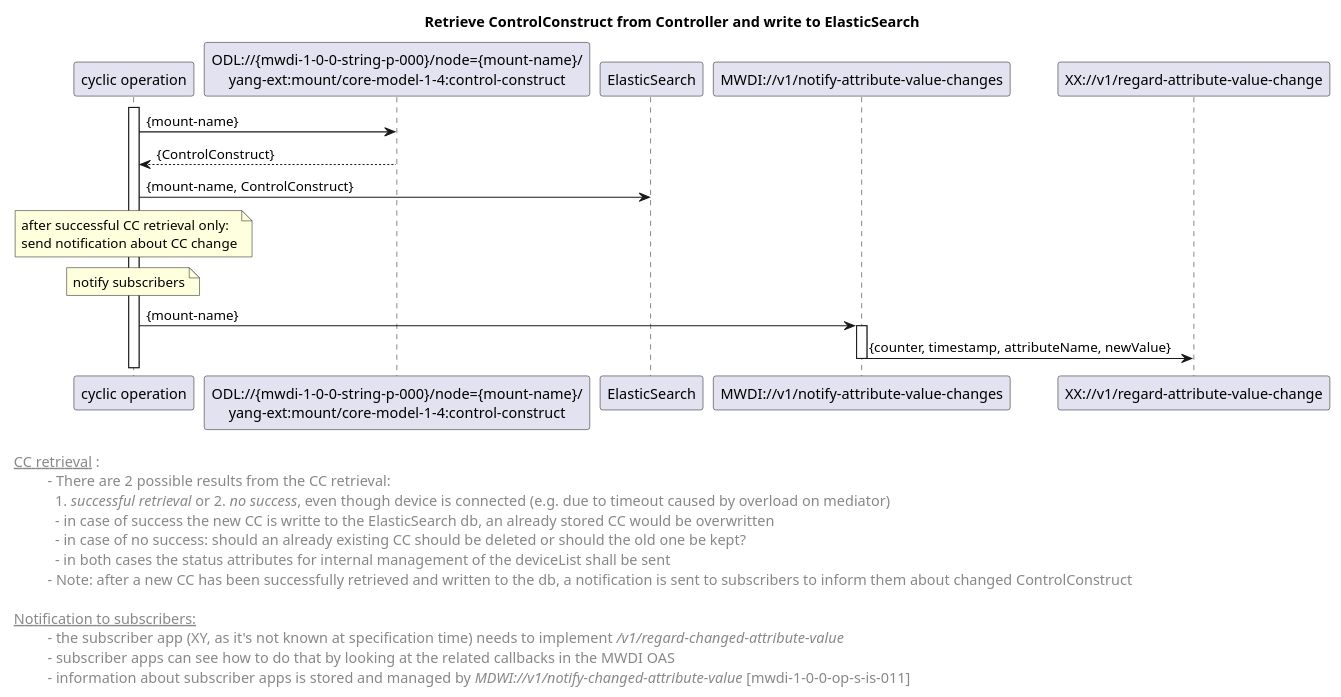
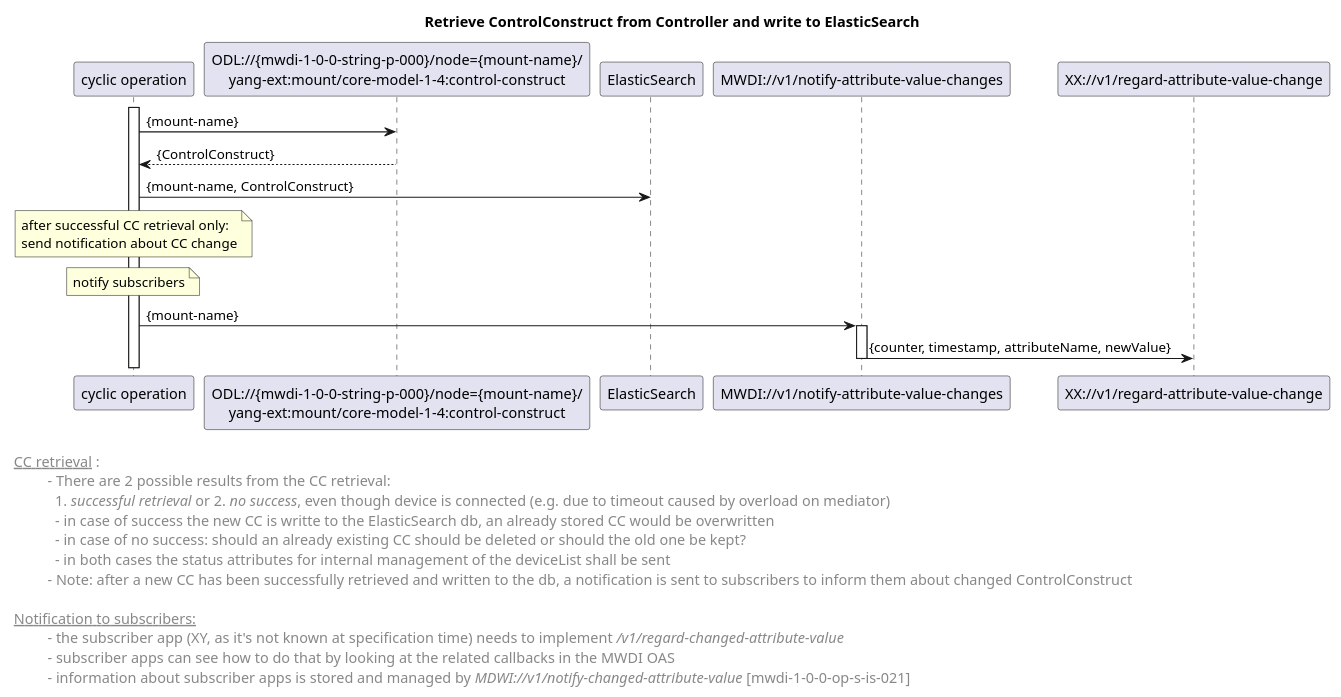
Before and after one commit to openBackhaul/MicroWaveDeviceInventory: the diagram in spec/diagrams/04x_forwardingCyclicOperationRetrieveControlConstruct.plantuml, drawn with PlantUML. The commit also changed 14 other files, not shown here.

```diff
--- a/spec/diagrams/04x_forwardingCyclicOperationRetrieveControlConstruct.plantuml
+++ b/spec/diagrams/04x_forwardingCyclicOperationRetrieveControlConstruct.plantuml
@@ -1,52 +1,52 @@
 @startuml
 skinparam responseMessageBelowArrow true
 
 title Retrieve ControlConstruct from Controller and write to ElasticSearch
 
 'participants
 participant "cyclic operation" as cyclicop
 participant "ODL://{mwdi-1-0-0-string-p-000}/node={mount-name}/\nyang-ext:mount/core-model-1-4:control-construct" as odlcc
 participant "ElasticSearch" as es
 participant "MWDI://v1/notify-attribute-value-changes" as notify
 participant "XX://v1/regard-attribute-value-change" as subscriberOp
 
 activate cyclicop
 cyclicop -> odlcc: {mount-name}
 odlcc --> cyclicop: {ControlConstruct}
 
 
 cyclicop -> es: {mount-name, ControlConstruct}
 
 note over cyclicop: after successful CC retrieval only: \nsend notification about CC change
 
 note over cyclicop: notify subscribers
 cyclicop -> notify: {mount-name}
 activate notify
 notify -> subscriberOp: {counter, timestamp, attributeName, newValue}
 deactivate notify
 
 left footer 
 
 <u> CC retrieval </u>:
 \t  - There are 2 possible results from the CC retrieval: 
 \t    1. <i>successful retrieval</i> or 2. <i>no success</i>, even though device is connected (e.g. due to timeout caused by overload on mediator)
 \t    - in case of success the new CC is writte to the ElasticSearch db, an already stored CC would be overwritten
 \t    - in case of no success: should an already existing CC should be deleted or should the old one be kept?
 \t    - in both cases the status attributes for internal management of the deviceList shall be sent
 \t  - Note: after a new CC has been successfully retrieved and written to the db, a notification is sent to subscribers to inform them about changed ControlConstruct
 
 <u> Notification to subscribers: </u>
 \t  - the subscriber app (XY, as it's not known at specification time) needs to implement <i>/v1/regard-changed-attribute-value</i>
 \t  - subscriber apps can see how to do that by looking at the related callbacks in the MWDI OAS 
-\t  - information about subscriber apps is stored and managed by <i>MDWI://v1/notify-changed-attribute-value</i> [mwdi-1-0-0-op-s-is-011]
+\t  - information about subscriber apps is stored and managed by <i>MDWI://v1/notify-changed-attribute-value</i> [mwdi-1-0-0-op-s-is-021]
 end footer
 
 <style>
 footer {
   HorizontalAlignment left
   FontSize 14
 }
 </style>
 
 
 @enduml
```
